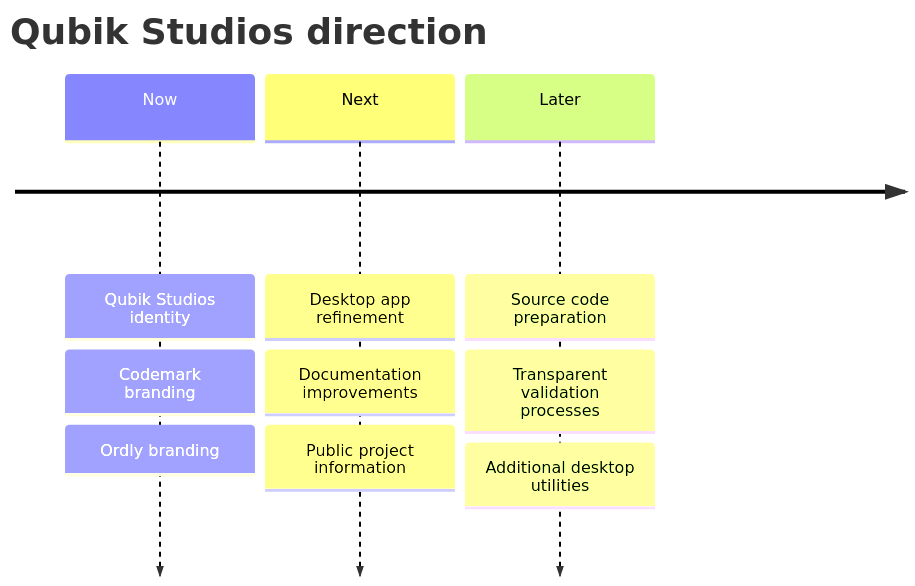
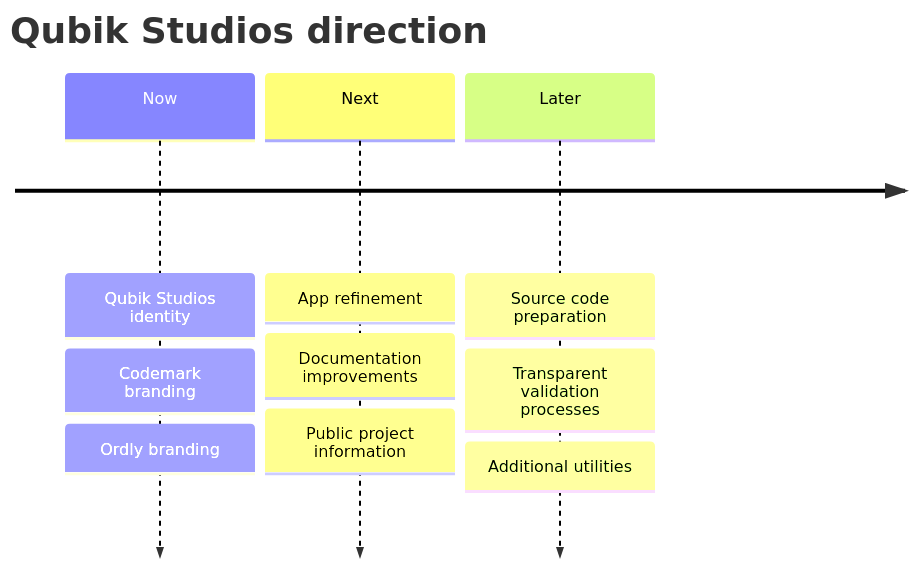
Before and after one commit to ConiqSuite/.github: the second of 2 diagrams in profile/README.md, drawn with Mermaid. The commit also changed other lines of this file, not shown here.

````diff
--- a/profile/README.md
+++ b/profile/README.md
@@ -222,13 +238,13 @@
 ```mermaid
 timeline
     title Qubik Studios direction
     Now : Qubik Studios identity
         : Codemark branding
         : Ordly branding
-    Next : Desktop app refinement
+    Next : App refinement
          : Documentation improvements
          : Public project information
     Later : Source code preparation
           : Transparent validation processes
-          : Additional desktop utilities
+          : Additional utilities
 ```
````
